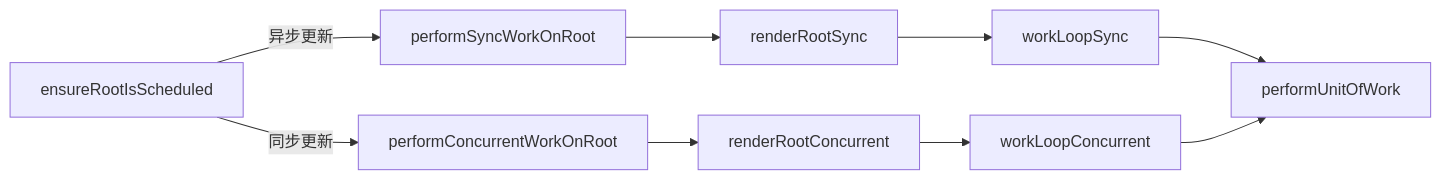
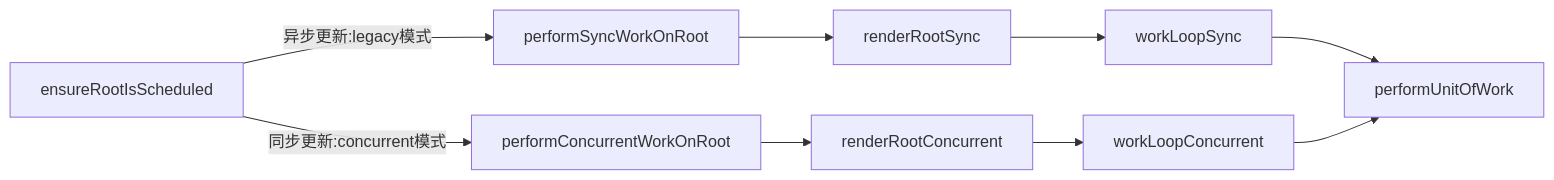
Before and after one commit to huiruo/code-record-manual: the first of 3 diagrams in 08-webpack-AST-babel/04_Ast_babel和React源码/03_Fiber更新机制/05_1_fiber树的协调与渲染_render_beginWork.md, drawn with Mermaid. The commit also changed other lines of this file and 6 other files, not shown here.

````diff
--- a/08-webpack-AST-babel/04_Ast_babel和React源码/03_Fiber更新机制/05_1_fiber树的协调与渲染_render_beginWork.md
+++ b/08-webpack-AST-babel/04_Ast_babel和React源码/03_Fiber更新机制/05_1_fiber树的协调与渲染_render_beginWork.md
@@ -39,7 +56,7 @@
 ```mermaid
 flowchart  LR
 
-ensureRootIsScheduled --异步更新--> performSyncWorkOnRoot-->renderRootSync-->workLoopSync-->performUnitOfWork
+ensureRootIsScheduled --异步更新:legacy模式--> performSyncWorkOnRoot-->renderRootSync-->workLoopSync-->performUnitOfWork
 
-ensureRootIsScheduled --同步更新--> performConcurrentWorkOnRoot-->renderRootConcurrent-->workLoopConcurrent-->performUnitOfWork
+ensureRootIsScheduled --同步更新:concurrent模式--> performConcurrentWorkOnRoot-->renderRootConcurrent-->workLoopConcurrent-->performUnitOfWork
 ```
````
